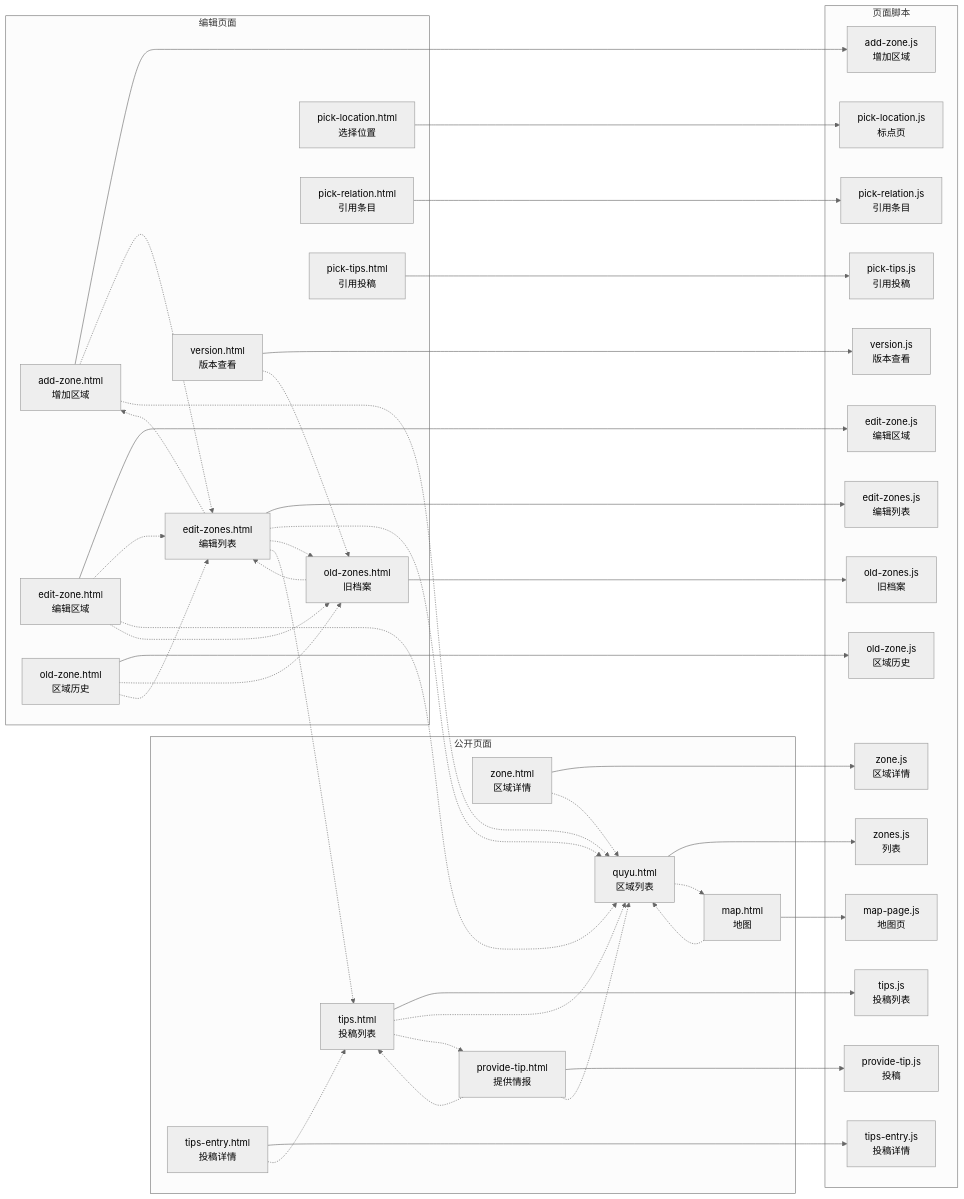
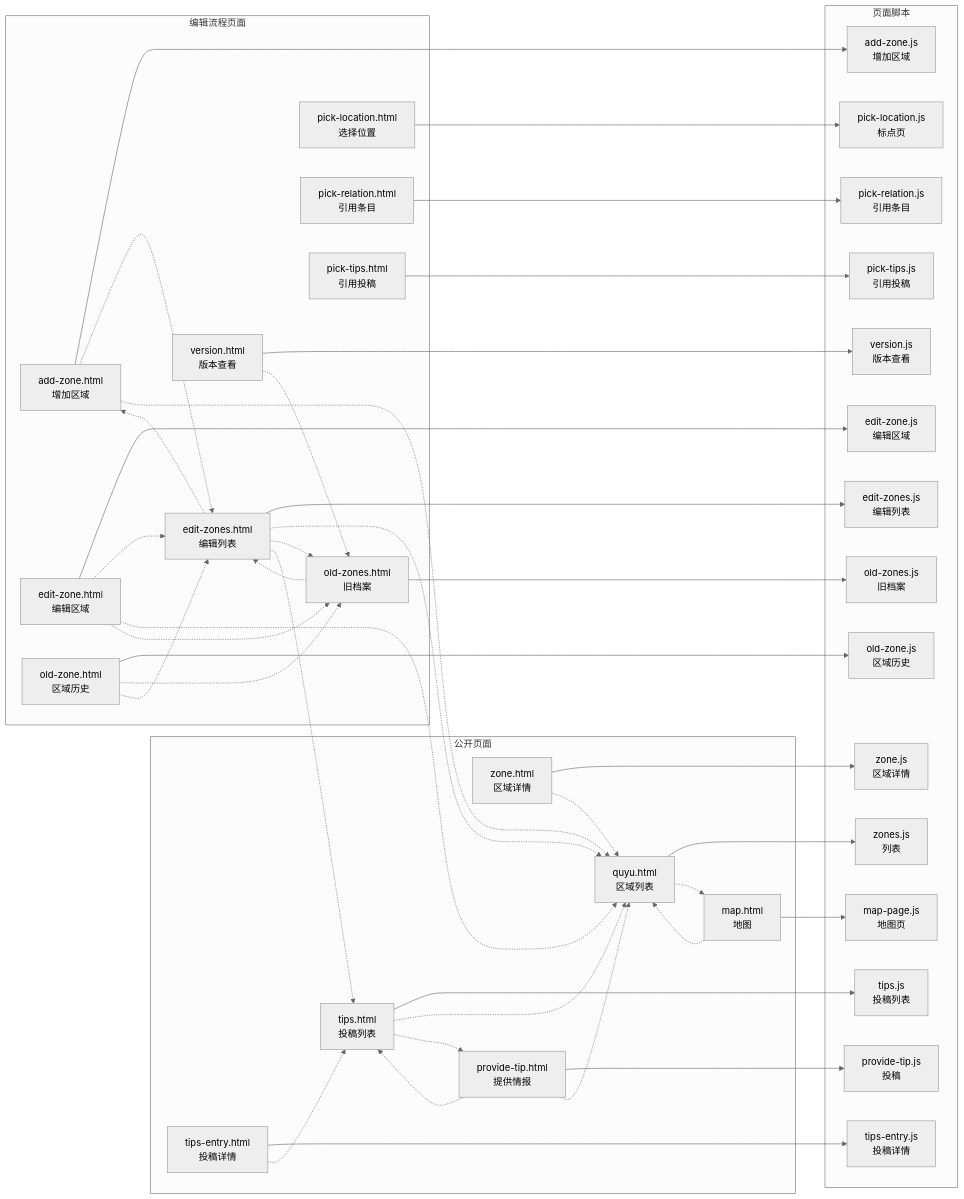
Before and after one commit to cangwu-protect-union/cangwu-protect-union.github.io: the first of 2 diagrams in quyu/架构.md, drawn with Mermaid (neutral theme). The commit also changed other lines of this file and 27 other files, not shown here.

````diff
--- a/quyu/架构.md
+++ b/quyu/架构.md
@@ -12,82 +15,82 @@
 ```mermaid
 flowchart LR
 
   subgraph pubLayer["公开页面"]
     P_quyu["quyu.html<br/>区域列表"]
     P_map["map.html<br/>地图"]
     P_zone["zone.html<br/>区域详情"]
     P_tips["tips.html<br/>投稿列表"]
     P_tips_entry["tips-entry.html<br/>投稿详情"]
     P_provide_tip["provide-tip.html<br/>提供情报"]
   end
 
-  subgraph editLayer["编辑页面"]
+  subgraph editLayer["编辑流程页面"]
     P_add_zone["add-zone.html<br/>增加区域"]
     P_edit_zone["edit-zone.html<br/>编辑区域"]
     P_edit_zones["edit-zones.html<br/>编辑列表"]
     P_old_zone["old-zone.html<br/>区域历史"]
     P_old_zones["old-zones.html<br/>旧档案"]
     P_pick_location["pick-location.html<br/>选择位置"]
     P_pick_relation["pick-relation.html<br/>引用条目"]
     P_pick_tips["pick-tips.html<br/>引用投稿"]
     P_version["version.html<br/>版本查看"]
   end
 
   subgraph scriptLayer["页面脚本"]
     S_add_zone["add-zone.js<br/>增加区域"]
     S_edit_zone["edit-zone.js<br/>编辑区域"]
     S_edit_zones["edit-zones.js<br/>编辑列表"]
     S_map_page["map-page.js<br/>地图页"]
     S_old_zone["old-zone.js<br/>区域历史"]
     S_old_zones["old-zones.js<br/>旧档案"]
     S_pick_location["pick-location.js<br/>标点页"]
     S_pick_relation["pick-relation.js<br/>引用条目"]
     S_pick_tips["pick-tips.js<br/>引用投稿"]
     S_provide_tip["provide-tip.js<br/>投稿"]
     S_tips_entry["tips-entry.js<br/>投稿详情"]
     S_tips["tips.js<br/>投稿列表"]
     S_version["version.js<br/>版本查看"]
     S_zone["zone.js<br/>区域详情"]
     S_zones["zones.js<br/>列表"]
   end
 
   %% 页面加载自己的脚本
+  P_quyu --> S_zones
+  P_map --> S_map_page
+  P_zone --> S_zone
+  P_tips --> S_tips
+  P_tips_entry --> S_tips_entry
+  P_provide_tip --> S_provide_tip
   P_add_zone --> S_add_zone
   P_edit_zone --> S_edit_zone
   P_edit_zones --> S_edit_zones
-  P_map --> S_map_page
   P_old_zone --> S_old_zone
   P_old_zones --> S_old_zones
   P_pick_location --> S_pick_location
   P_pick_relation --> S_pick_relation
   P_pick_tips --> S_pick_tips
-  P_provide_tip --> S_provide_tip
-  P_quyu --> S_zones
-  P_tips_entry --> S_tips_entry
-  P_tips --> S_tips
   P_version --> S_version
-  P_zone --> S_zone
 
   %% 页面之间的跳转
+  P_quyu -.-> P_map
+  P_map -.-> P_quyu
+  P_zone -.-> P_quyu
+  P_tips -.-> P_quyu
+  P_tips -.-> P_provide_tip
+  P_tips_entry -.-> P_tips
+  P_provide_tip -.-> P_quyu
+  P_provide_tip -.-> P_tips
   P_add_zone -.-> P_edit_zones
   P_add_zone -.-> P_quyu
   P_edit_zone -.-> P_edit_zones
   P_edit_zone -.-> P_quyu
   P_edit_zone -.-> P_old_zones
   P_edit_zones -.-> P_quyu
   P_edit_zones -.-> P_add_zone
   P_edit_zones -.-> P_old_zones
   P_edit_zones -.-> P_tips
-  P_map -.-> P_quyu
   P_old_zone -.-> P_old_zones
   P_old_zone -.-> P_edit_zones
   P_old_zones -.-> P_edit_zones
-  P_provide_tip -.-> P_quyu
-  P_provide_tip -.-> P_tips
-  P_quyu -.-> P_map
-  P_tips_entry -.-> P_tips
-  P_tips -.-> P_quyu
-  P_tips -.-> P_provide_tip
   P_version -.-> P_old_zones
-  P_zone -.-> P_quyu
 ```
````
